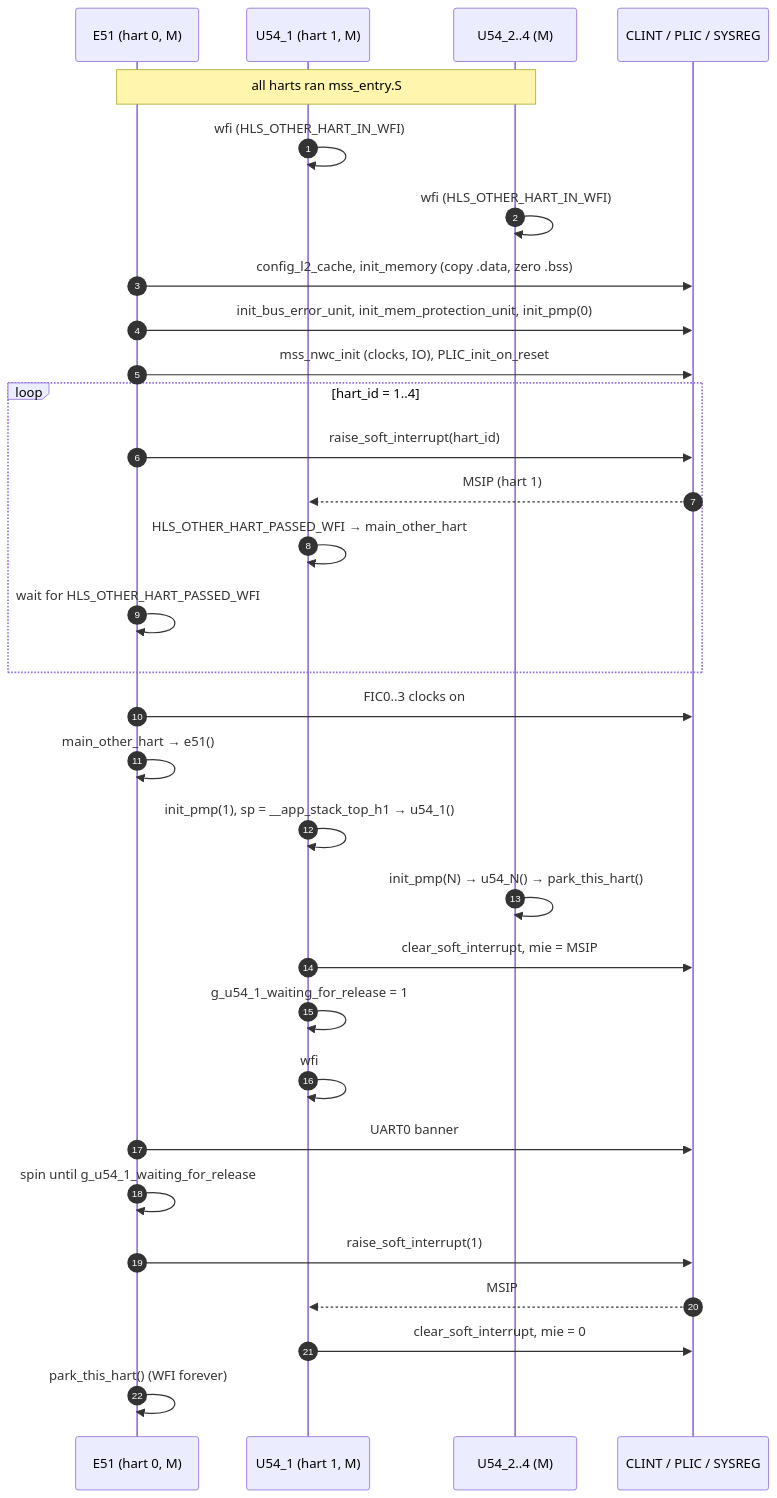
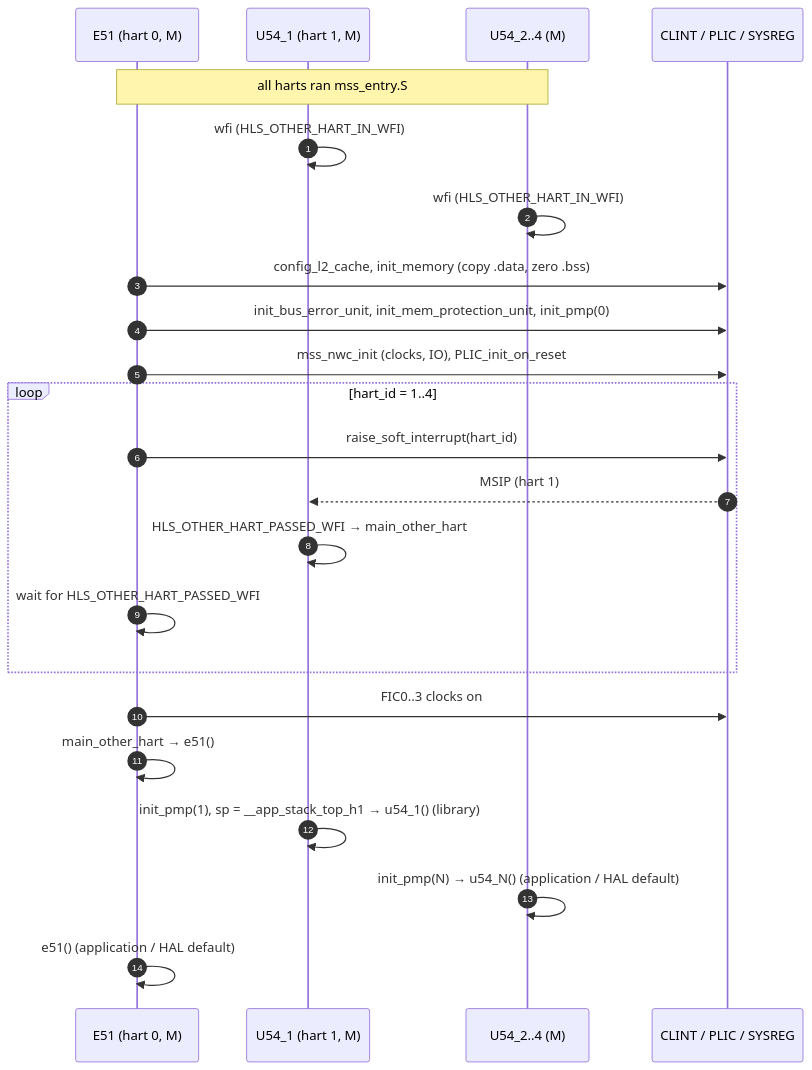
Before and after one commit to InuyashaITB/mpfs-freertos-smode: the third of 12 diagrams in docs/boot-to-smode.md, drawn with Mermaid. The commit also changed other lines of this file and 37 other files, not shown here.

````diff
--- a/docs/boot-to-smode.md
+++ b/docs/boot-to-smode.md
@@ -108,37 +109,28 @@
 ```mermaid
 sequenceDiagram
     autonumber
     participant E51 as E51 (hart 0, M)
     participant U1 as U54_1 (hart 1, M)
     participant U2 as U54_2..4 (M)
     participant HW as CLINT / PLIC / SYSREG
 
     Note over E51,U2: all harts ran mss_entry.S
     U1->>U1: wfi (HLS_OTHER_HART_IN_WFI)
     U2->>U2: wfi (HLS_OTHER_HART_IN_WFI)
 
     E51->>HW: config_l2_cache, init_memory (copy .data, zero .bss)
     E51->>HW: init_bus_error_unit, init_mem_protection_unit, init_pmp(0)
     E51->>HW: mss_nwc_init (clocks, IO), PLIC_init_on_reset
     loop hart_id = 1..4
         E51->>HW: raise_soft_interrupt(hart_id)
         HW-->>U1: MSIP (hart 1)
         U1->>U1: HLS_OTHER_HART_PASSED_WFI → main_other_hart
         E51->>E51: wait for HLS_OTHER_HART_PASSED_WFI
     end
     E51->>HW: FIC0..3 clocks on
     E51->>E51: main_other_hart → e51()
 
-    U1->>U1: init_pmp(1), sp = __app_stack_top_h1 → u54_1()
-    U2->>U2: init_pmp(N) → u54_N() → park_this_hart()
-
-    U1->>HW: clear_soft_interrupt, mie = MSIP
-    U1->>U1: g_u54_1_waiting_for_release = 1
-    U1->>U1: wfi
-    E51->>HW: UART0 banner
-    E51->>E51: spin until g_u54_1_waiting_for_release
-    E51->>HW: raise_soft_interrupt(1)
-    HW-->>U1: MSIP
-    U1->>HW: clear_soft_interrupt, mie = 0
-    E51->>E51: park_this_hart() (WFI forever)
+    U1->>U1: init_pmp(1), sp = __app_stack_top_h1 → u54_1() (library)
+    U2->>U2: init_pmp(N) → u54_N() (application / HAL default)
+    E51->>E51: e51() (application / HAL default)
 ```
````
